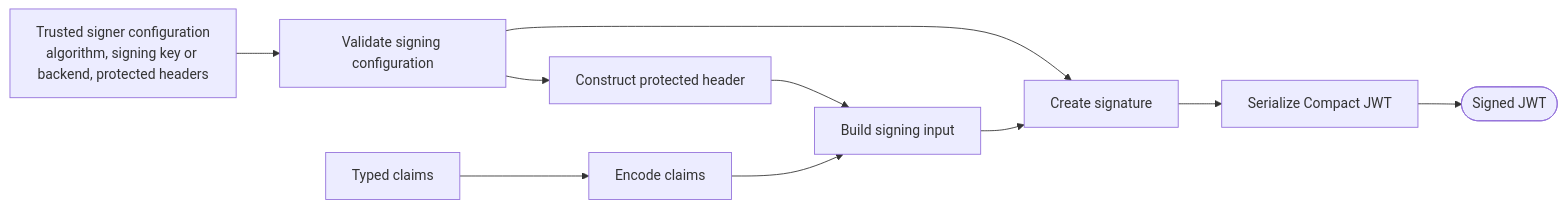
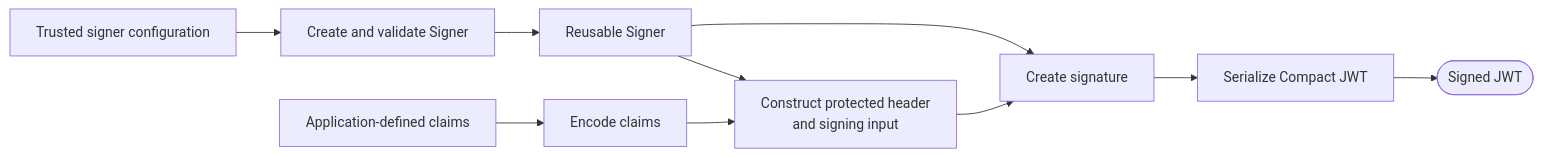
Before and after one commit to mkbeh/xjose: the third of 20 diagrams in DESIGN.md, drawn with Mermaid. The commit also changed other lines of this file, not shown here.

Commit message:
docs: refine architectural design

````diff
--- a/DESIGN.md
+++ b/DESIGN.md
@@ -193,21 +208,21 @@
 ```mermaid
 flowchart LR
-    Claims[Typed claims]
-    Config[Trusted signer configuration<br/>algorithm, signing key or backend, protected headers]
-    Validate[Validate signing configuration]
+    Config[Trusted signer configuration]
+    Create[Create and validate Signer]
+    Signer[Reusable Signer]
+    Claims[Application-defined claims]
     Encode[Encode claims]
-    Header[Construct protected header]
-    Input[Build signing input]
+    Input[Construct protected header<br/>and signing input]
     Sign[Create signature]
     Serialize[Serialize Compact JWT]
     Token([Signed JWT])
-    Config --> Validate
-    Validate --> Header
-    Validate --> Sign
+    Config --> Create
+    Create --> Signer
     Claims --> Encode
-    Header --> Input
+    Signer --> Input
     Encode --> Input
     Input --> Sign
+    Signer --> Sign
     Sign --> Serialize
     Serialize --> Token
 ```
````
